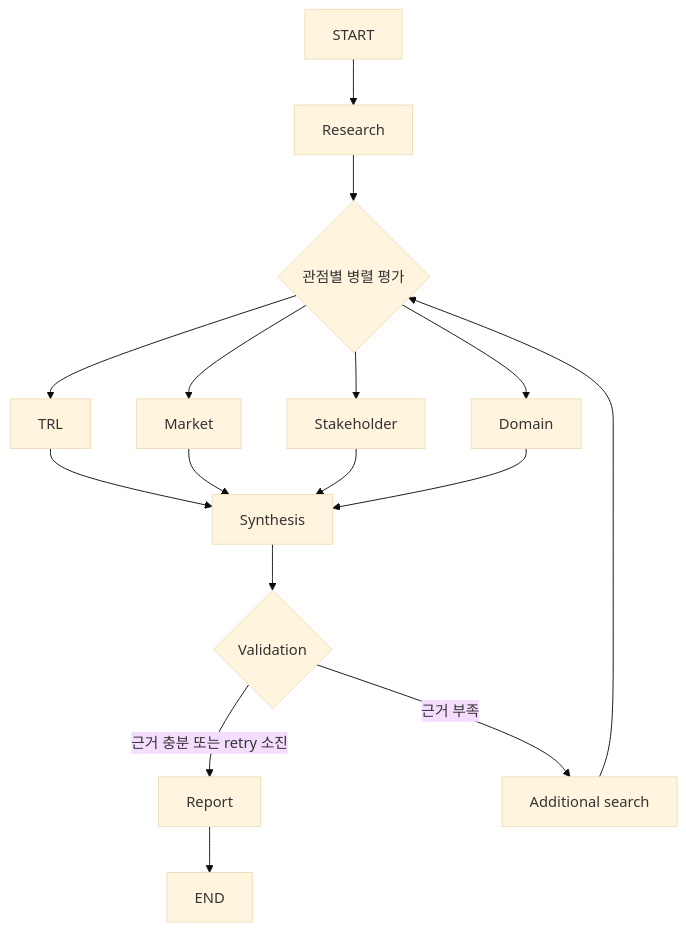
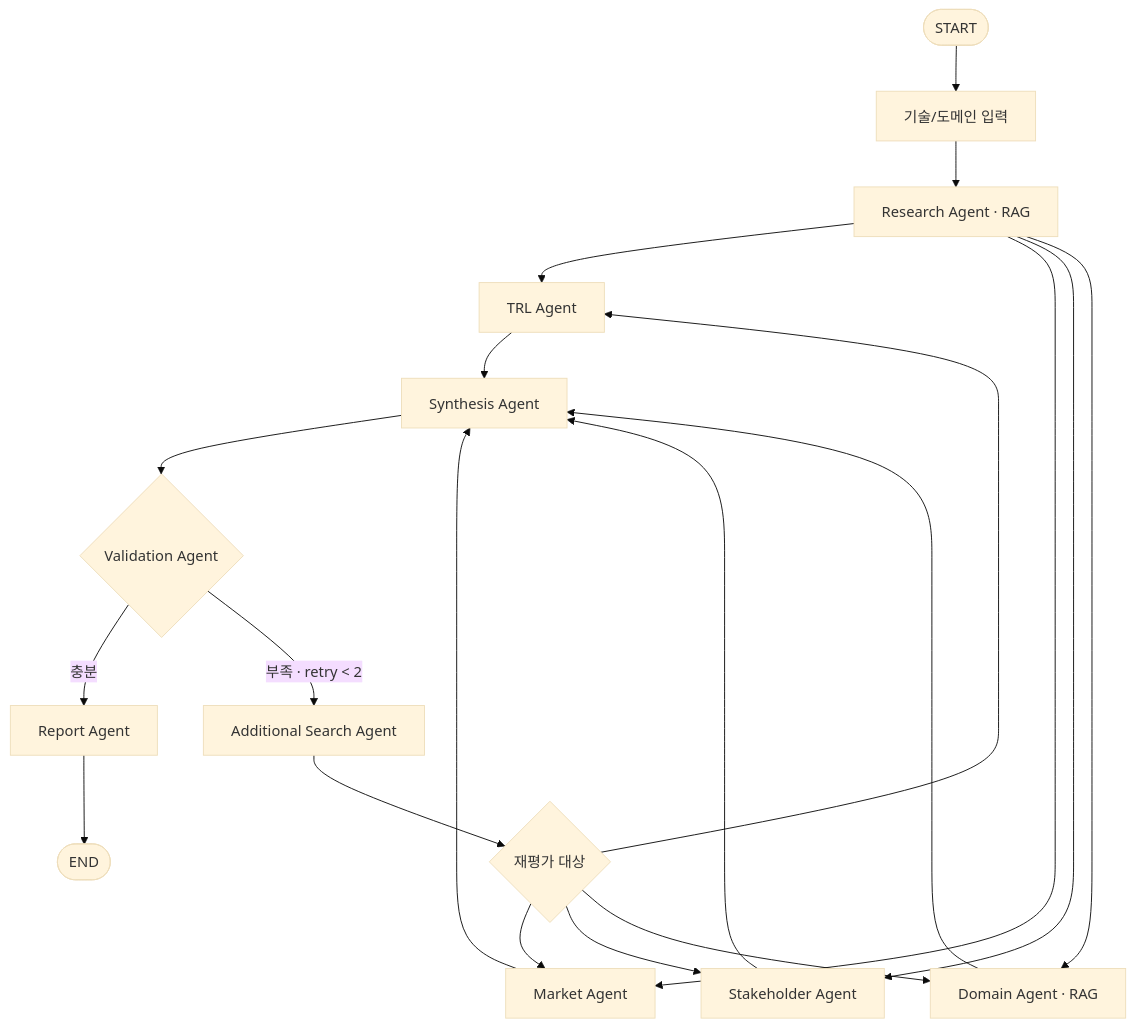
The diagram in README.md (kchanis1223/-SKALA-KVCache_Report_Agent), drawn with Mermaid (base theme) before and after one commit. The commit also changed other lines of this file, not shown here.

````diff
--- a/README.md
+++ b/README.md
@@ -80,18 +166,28 @@
 ```mermaid
 flowchart TD
-    START --> research[Research]
-    research --> dispatch{관점별 병렬 평가}
-    dispatch --> trl[TRL]
-    dispatch --> market[Market]
-    dispatch --> stakeholder[Stakeholder]
-    dispatch --> domain[Domain]
-    trl --> synthesis[Synthesis]
-    market --> synthesis
-    stakeholder --> synthesis
-    domain --> synthesis
-    synthesis --> validate{Validation}
-    validate -->|근거 충분 또는 retry 소진| report[Report]
-    validate -->|근거 부족| search[Additional search]
-    search --> dispatch
-    report --> END
+    S([START]) --> A[기술/도메인 입력]
+    A --> B[Research Agent · RAG]
+
+    B --> C[TRL Agent]
+    B --> D[Market Agent]
+    B --> E[Stakeholder Agent]
+    B --> F[Domain Agent · RAG]
+
+    C --> G[Synthesis Agent]
+    D --> G
+    E --> G
+    F --> G
+
+    G --> H{Validation Agent}
+
+    H -->|충분| J[Report Agent]
+    J --> Z([END])
+
+    H -->|부족 · retry < 2| I[Additional Search Agent]
+    I --> K{재평가 대상}
+
+    K --> C
+    K --> D
+    K --> E
+    K --> F
 ```
````
